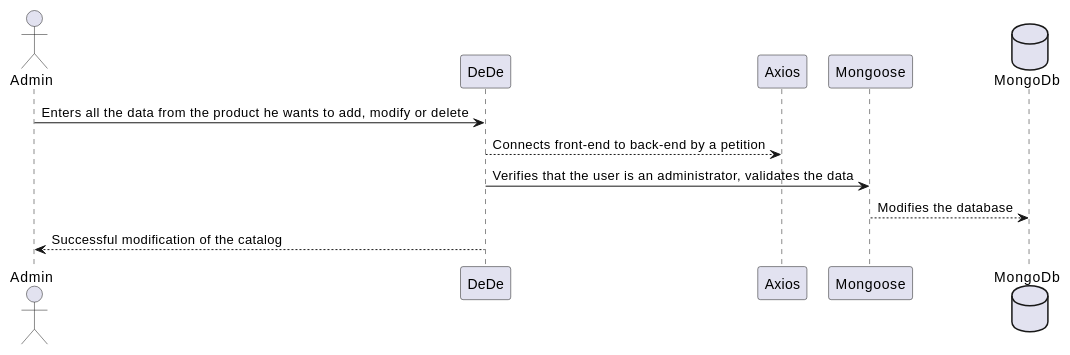
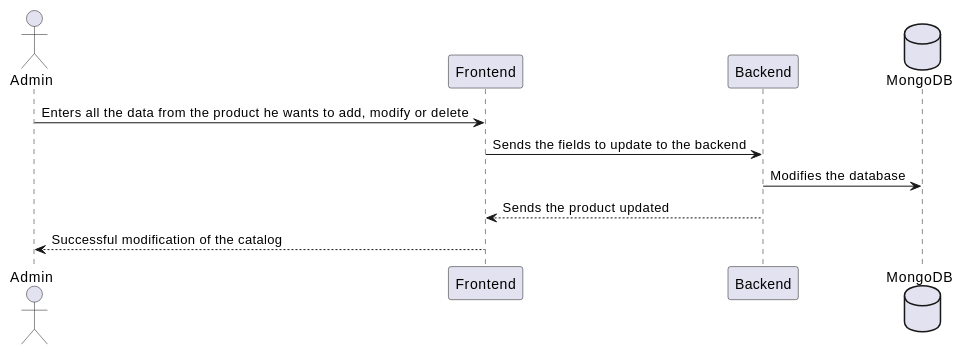
The fifth of 6 diagrams in docs/06_runtime_view.adoc (Arquisoft/Arquisoft-dede_es_04a), drawn with PlantUML before and after one commit. The commit also changed other lines of this file, not shown here.

Commit message:
Acabados diagramas de contexto

```diff
--- a/docs/06_runtime_view.adoc
+++ b/docs/06_runtime_view.adoc
@@ -129,16 +132,14 @@
 [plantuml,"AdminModify",png]
 ----
 @startuml
 actor Admin
-participant DeDe
-participant Axios
-participant Mongoose
-database MongoDb
-Admin -> DeDe: Enters all the data from the product he wants to add, modify or delete
-DeDe --> Axios: Connects front-end to back-end by a petition
-DeDe -> Mongoose: Verifies that the user is an administrator, validates the data
-Mongoose --> MongoDb: Modifies the database
-DeDe --> Admin: Successful modification of the catalog
-
+participant Frontend
+participant Backend
+database MongoDB
+Admin -> Frontend: Enters all the data from the product he wants to add, modify or delete
+Frontend -> Backend: Sends the fields to update to the backend
+Backend -> MongoDB: Modifies the database
+Backend --> Frontend: Sends the product updated
+Frontend --> Admin: Successful modification of the catalog
 @enduml
 ----
```
